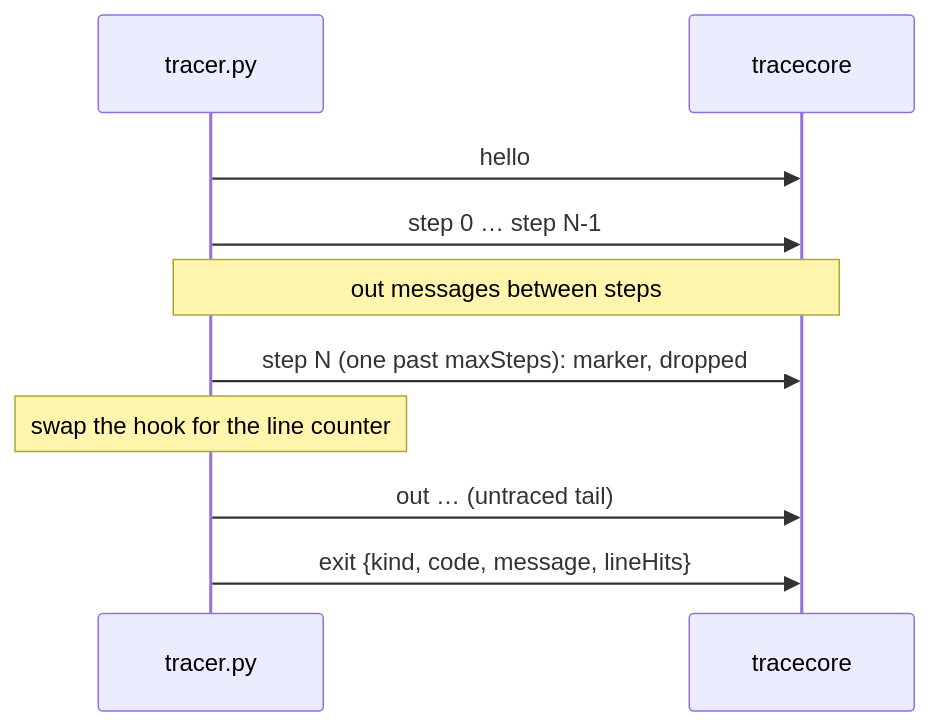
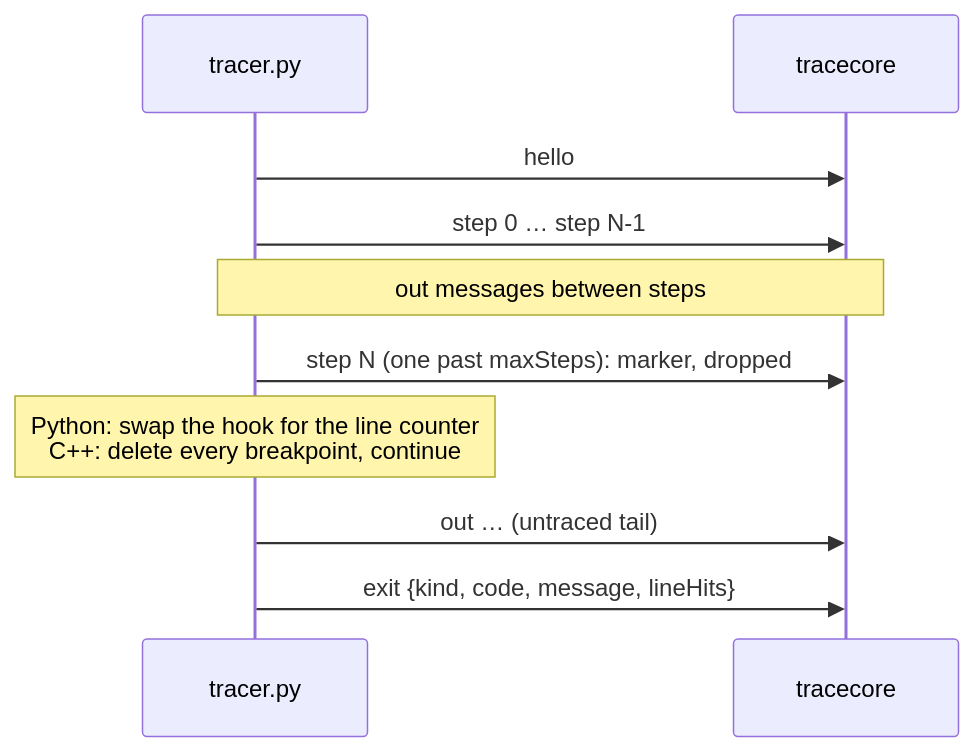
The second of 2 diagrams in docs/backend/architecture/tracing.md (tu-hm/code-viz), drawn with Mermaid before and after one commit. The commit also changed other lines of this file and 9 other files, not shown here.

````diff
--- a/docs/backend/architecture/tracing.md
+++ b/docs/backend/architecture/tracing.md
@@ -146,12 +146,12 @@
 ```mermaid
 sequenceDiagram
   participant T as tracer.py
   participant C as tracecore
   T->>C: hello
   T->>C: step 0 … step N-1
   Note over T,C: out messages between steps
   T->>C: step N (one past maxSteps): marker, dropped
-  Note over T: swap the hook for the line counter
+  Note over T: Python: swap the hook for the line counter<br/>C++: delete every breakpoint, continue
   T->>C: out … (untraced tail)
   T->>C: exit {kind, code, message, lineHits}
 ```
````
